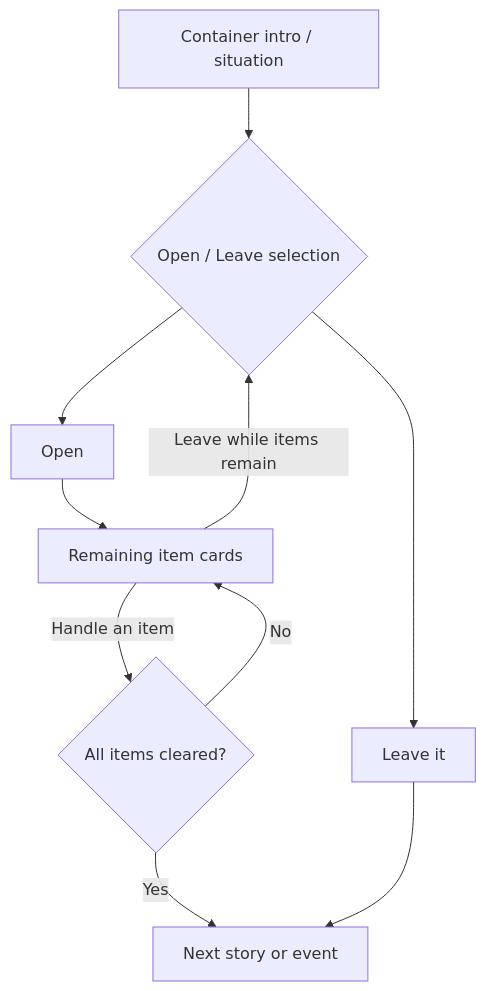
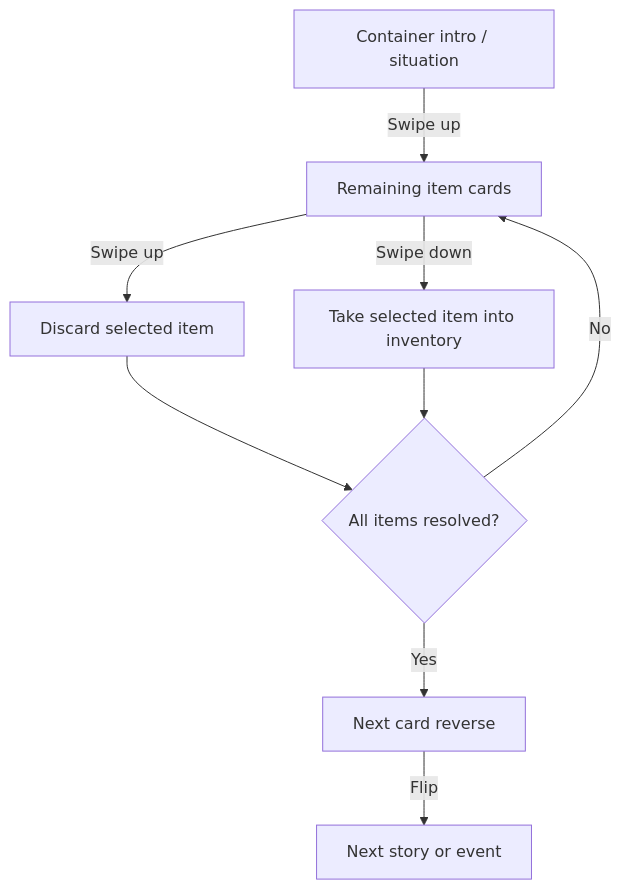
One commit to gerdax/nest changed the first of 4 diagrams in docs/card-sequences.md. Above: the diagram before and after it, drawn with Mermaid. The commit also changed other lines of this file and 27 other files, not shown here.

Commit message:
Checkpoint direct container take discard flow and session inventory

````diff
--- a/docs/card-sequences.md
+++ b/docs/card-sequences.md
@@ -27,12 +27,11 @@
 ```mermaid
 flowchart TD
-    intro["Container intro / situation"] --> selection{"Open / Leave selection"}
-    selection --> open["Open"]
-    selection --> leave["Leave it"]
-    open --> items["Remaining item cards"]
-    items -->|Handle an item| cleared{"All items cleared?"}
-    items -->|Leave while items remain| selection
+    intro["Container intro / situation"] -->|Swipe up| items["Remaining item cards"]
+    items -->|Swipe up| discard["Discard selected item"]
+    items -->|Swipe down| take["Take selected item into inventory"]
+    discard --> cleared{"All items resolved?"}
+    take --> cleared
     cleared -->|No| items
-    cleared -->|Yes| next["Next story or event"]
-    leave --> next
+    cleared -->|Yes| back["Next card reverse"]
+    back -->|Flip| next["Next story or event"]
 ```
````
